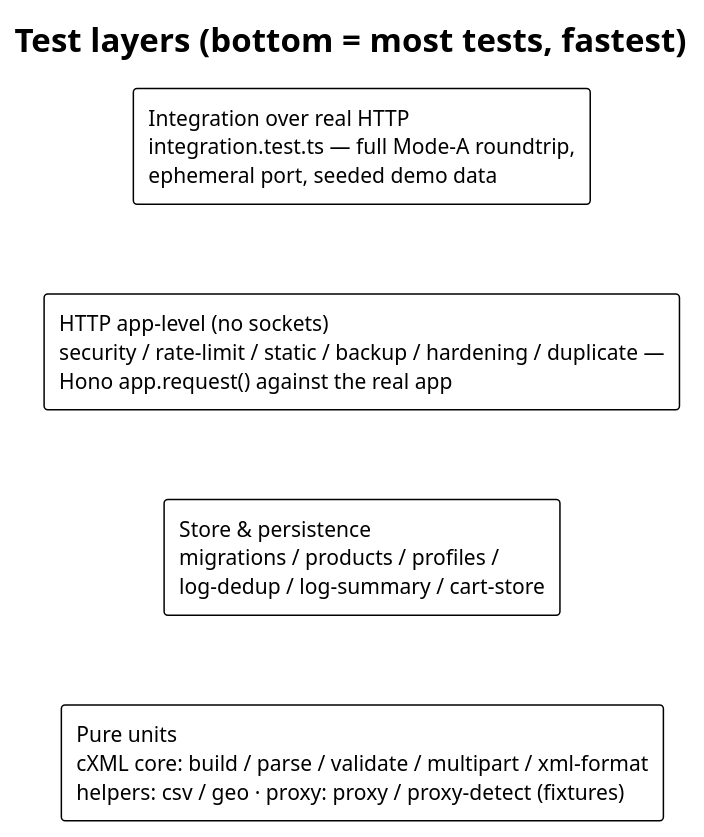
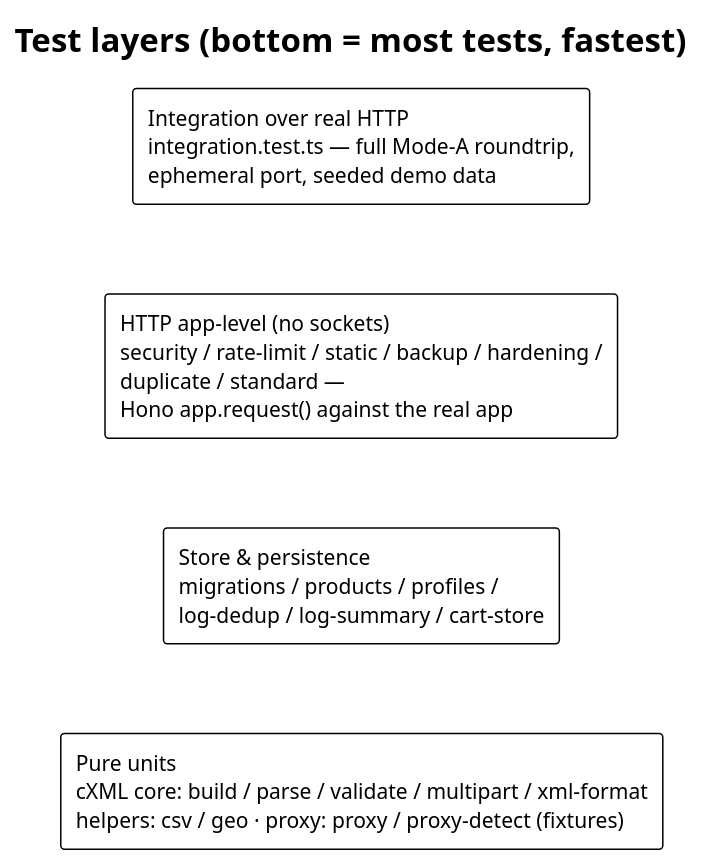
Before and after one commit to slawomir-szostak/punchout-simulator: the diagram in docs/diagrams/test-layers.puml, drawn with PlantUML. The commit also changed 32 other files, not shown here.

First line of the commit message:
feat: build against the cXML standard — change orders, cancelled sessions, operationAllowed

```diff
--- a/docs/diagrams/test-layers.puml
+++ b/docs/diagrams/test-layers.puml
@@ -1,13 +1,13 @@
 @startuml test-layers
 !theme plain
 title Test layers (bottom = most tests, fastest)
 
 rectangle "Integration over real HTTP\nintegration.test.ts — full Mode-A roundtrip,\nephemeral port, seeded demo data" as L4
-rectangle "HTTP app-level (no sockets)\nsecurity / rate-limit / static / backup / hardening / duplicate —\nHono app.request() against the real app" as L3
+rectangle "HTTP app-level (no sockets)\nsecurity / rate-limit / static / backup / hardening /\nduplicate / standard —\nHono app.request() against the real app" as L3
 rectangle "Store & persistence\nmigrations / products / profiles /\nlog-dedup / log-summary / cart-store" as L2
 rectangle "Pure units\ncXML core: build / parse / validate / multipart / xml-format\nhelpers: csv / geo · proxy: proxy / proxy-detect (fixtures)" as L1
 
 L4 -[hidden]down- L3
 L3 -[hidden]down- L2
 L2 -[hidden]down- L1
 @enduml
```
